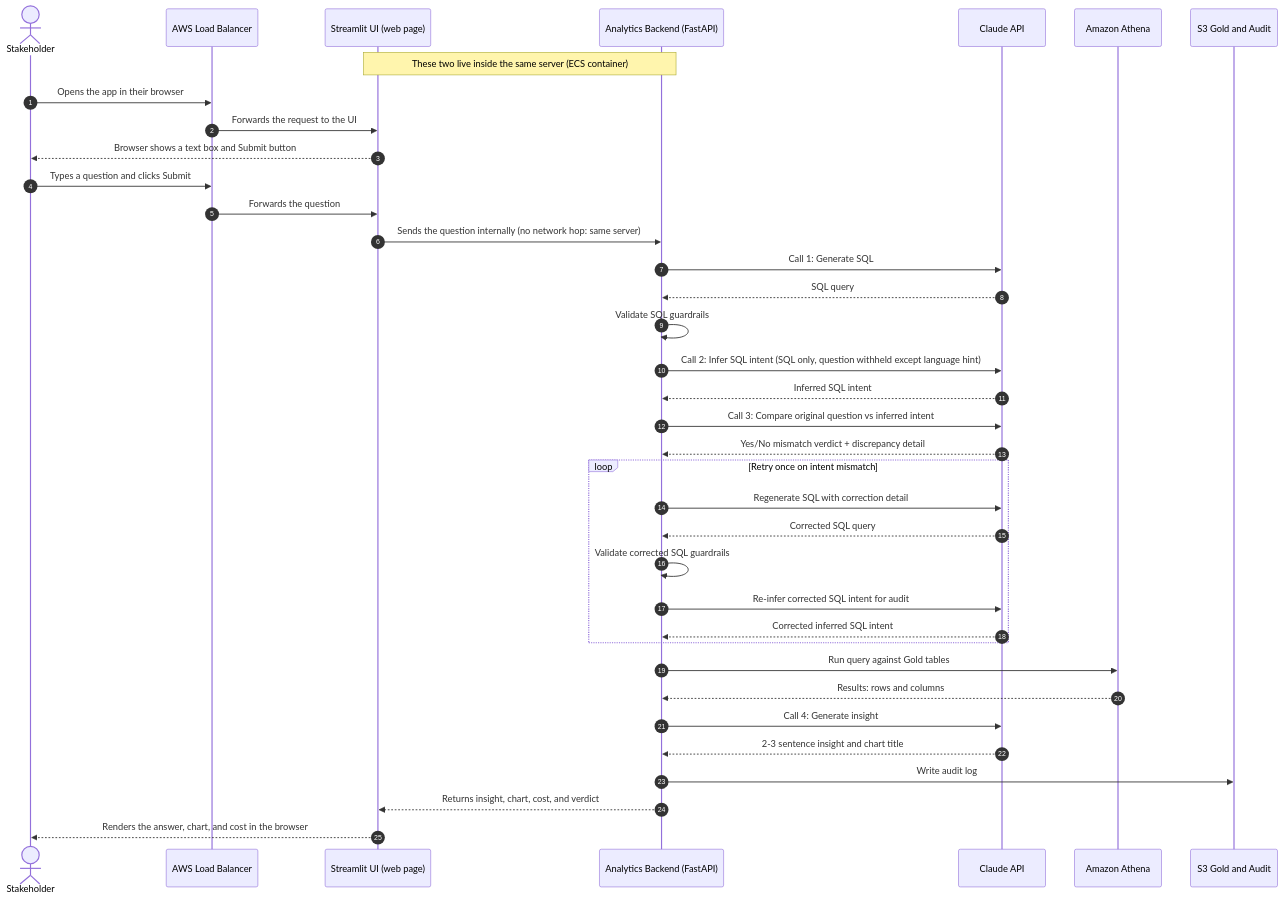
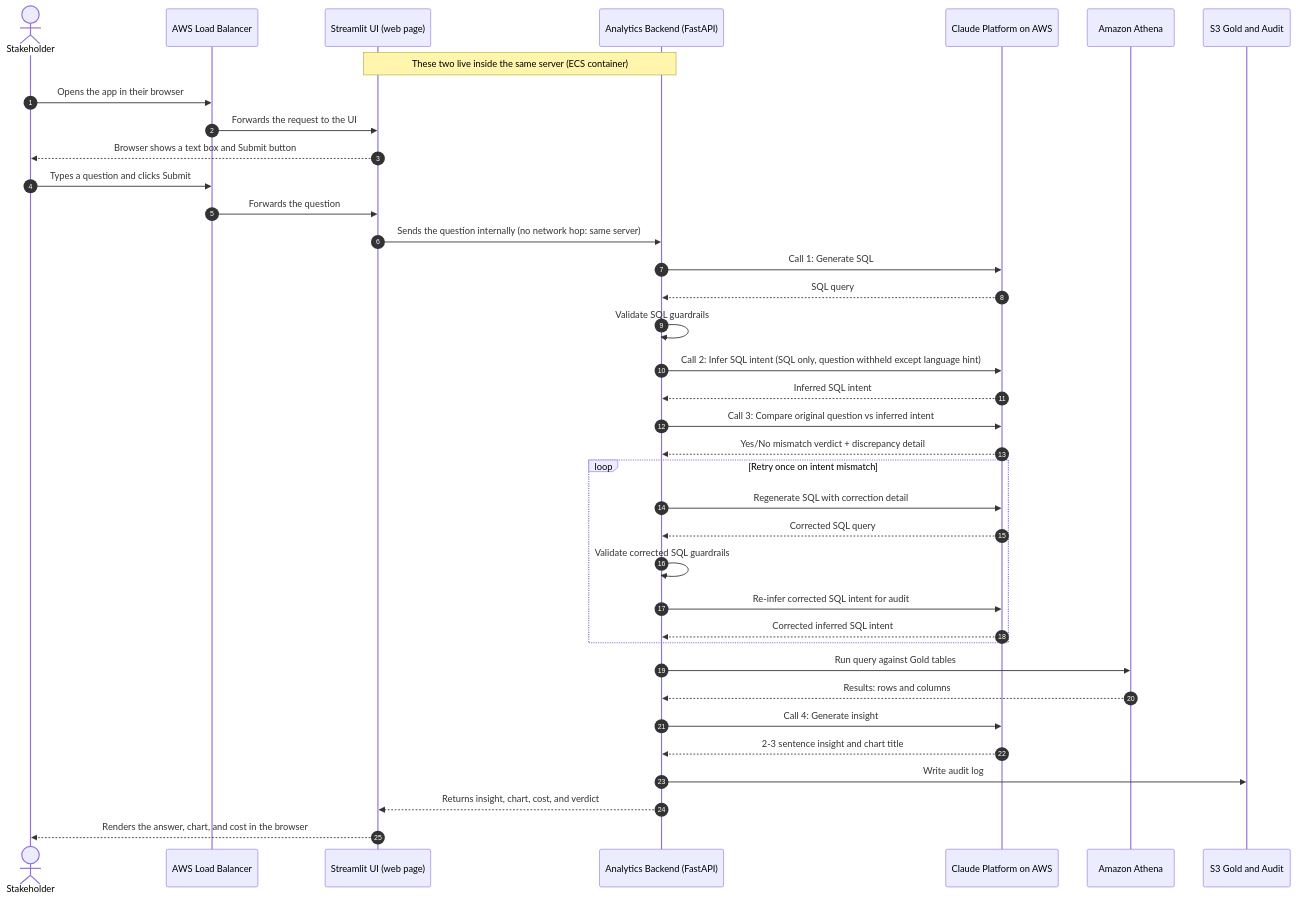
The second of 4 diagrams in README.md (enterprise-data-platform-emeka/platform-analytics-agent), drawn with Mermaid before and after one commit. The commit also changed other lines of this file, not shown here.

First line of the commit message:
docs: update Claude API references to Claude Platform on AWS

````diff
--- a/README.md
+++ b/README.md
@@ -164,42 +164,42 @@
 ```mermaid
 sequenceDiagram
     autonumber
     actor S as Stakeholder
     participant ALB as AWS Load Balancer
     participant UI as Streamlit UI (web page)
     participant API as Analytics Backend (FastAPI)
-    participant CL as Claude API
+    participant CL as Claude Platform on AWS
     participant ATH as Amazon Athena
     participant S3 as S3 Gold and Audit
 
     note over UI,API: These two live inside the same server (ECS container)
 
     S->>ALB: Opens the app in their browser
     ALB->>UI: Forwards the request to the UI
     UI-->>S: Browser shows a text box and Submit button
 
     S->>ALB: Types a question and clicks Submit
     ALB->>UI: Forwards the question
     UI->>API: Sends the question internally (no network hop: same server)
     API->>CL: Call 1: Generate SQL
     CL-->>API: SQL query
     API->>API: Validate SQL guardrails
     API->>CL: Call 2: Infer SQL intent (SQL only, question withheld except language hint)
     CL-->>API: Inferred SQL intent
     API->>CL: Call 3: Compare original question vs inferred intent
     CL-->>API: Yes/No mismatch verdict + discrepancy detail
     loop Retry once on intent mismatch
         API->>CL: Regenerate SQL with correction detail
         CL-->>API: Corrected SQL query
         API->>API: Validate corrected SQL guardrails
         API->>CL: Re-infer corrected SQL intent for audit
         CL-->>API: Corrected inferred SQL intent
     end
     API->>ATH: Run query against Gold tables
     ATH-->>API: Results: rows and columns
     API->>CL: Call 4: Generate insight
     CL-->>API: 2-3 sentence insight and chart title
     API->>S3: Write audit log
     API-->>UI: Returns insight, chart, cost, and verdict
     UI-->>S: Renders the answer, chart, and cost in the browser
 ```
````
